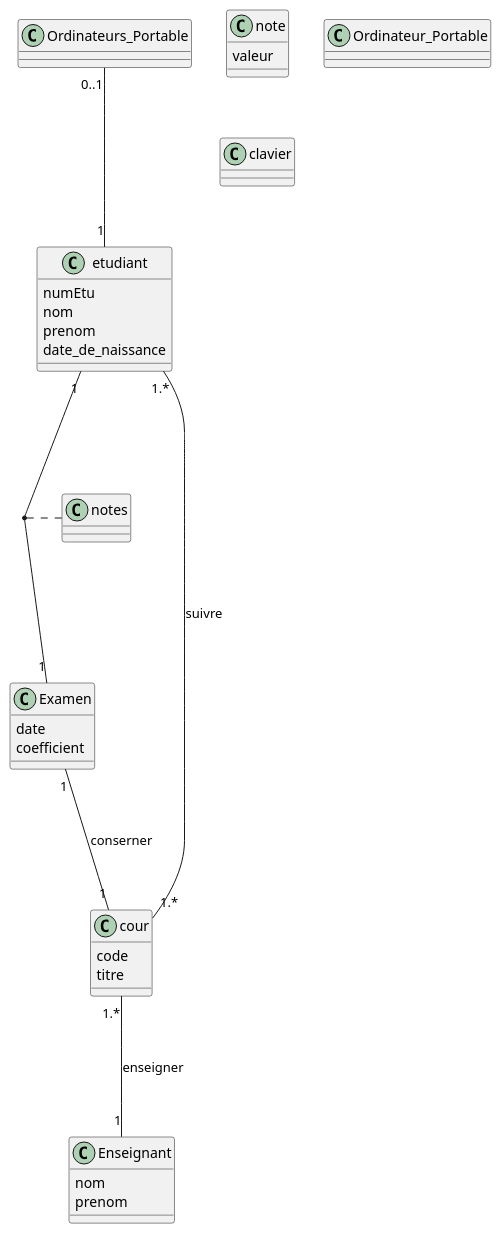
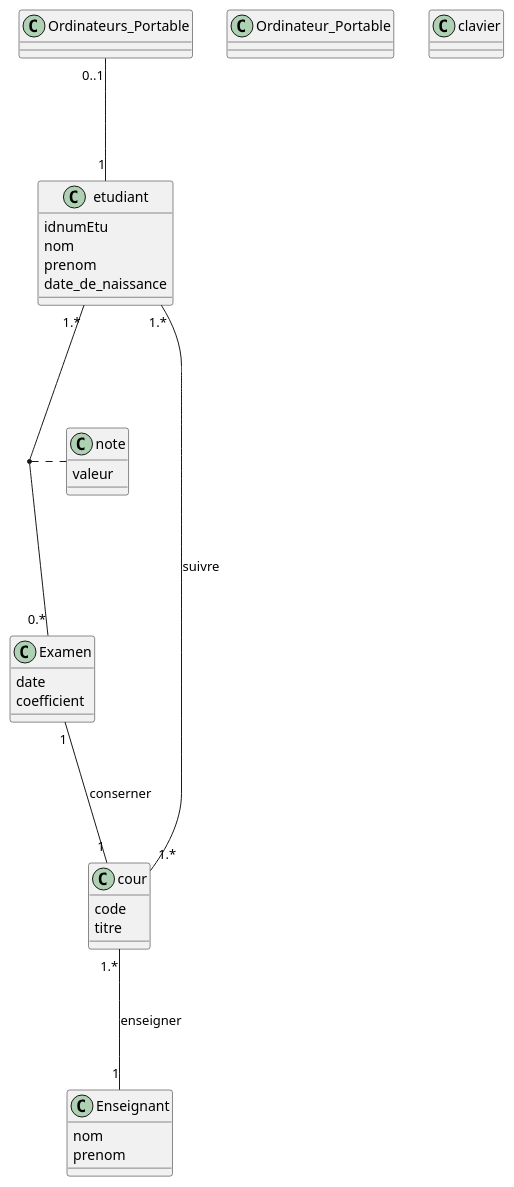
Before and after one commit to IUT-Blagnac/bcoo-Laurian-Dufrechou: the diagram in TD1.2.1.plantuml, drawn with PlantUML.

Commit message:
Fix 1.2.1: fix d'erreurs

```diff
--- a/TD1.2.1.plantuml
+++ b/TD1.2.1.plantuml
@@ -2,52 +2,52 @@
 @startuml
 
 class Examen
 {
   date
   coefficient
 }
 
 class Enseignant
 {
   nom
   prenom
 }
 
 class etudiant
 {
-  numEtu
+  idnumEtu
   nom
   prenom
   date_de_naissance
 }
 
 class cour
 {
   code
   titre
 }
 
-etudiant "1" --- "1" Examen
-(etudiant, Examen) . notes
+etudiant "1.*" --- "0.*" Examen
+(etudiant, Examen) . note
 
 etudiant "1.*" --- "1.*" cour : suivre
 
 Examen "1" --- "1" cour : conserner
 
 cour "1.*" --- "1" Enseignant : enseigner
 
 class note
 {
   valeur
 }
 
 '----------------------------------
 
 
 class Ordinateur_Portable
 
 class clavier
 
 Ordinateurs_Portable "0..1" --- "1" etudiant
 
 @enduml
```
